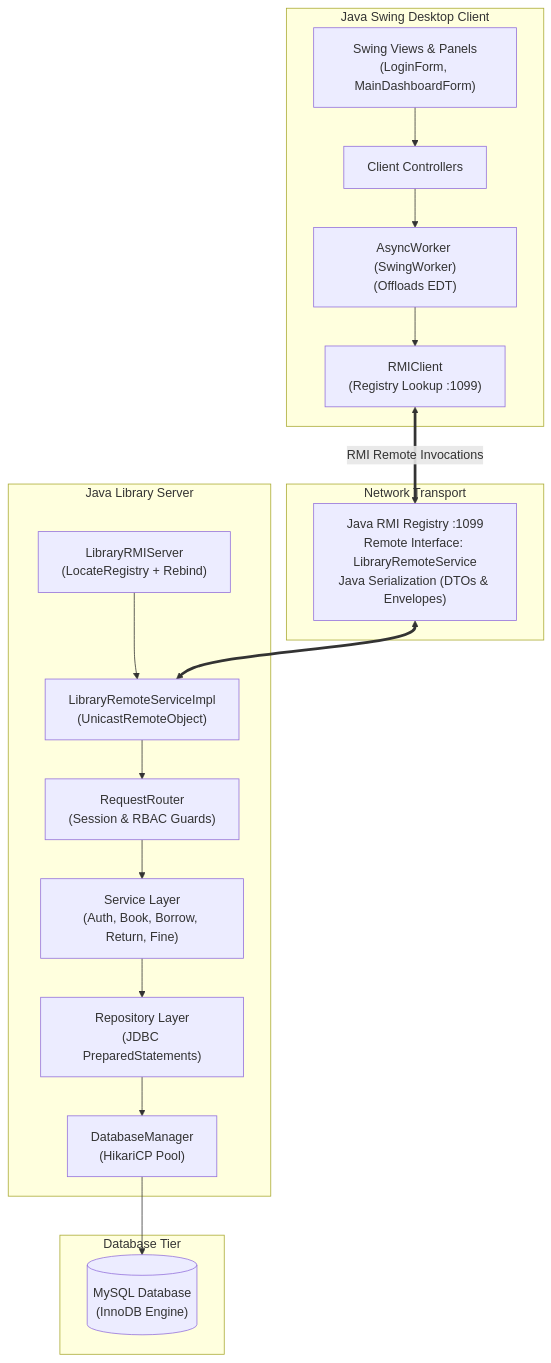
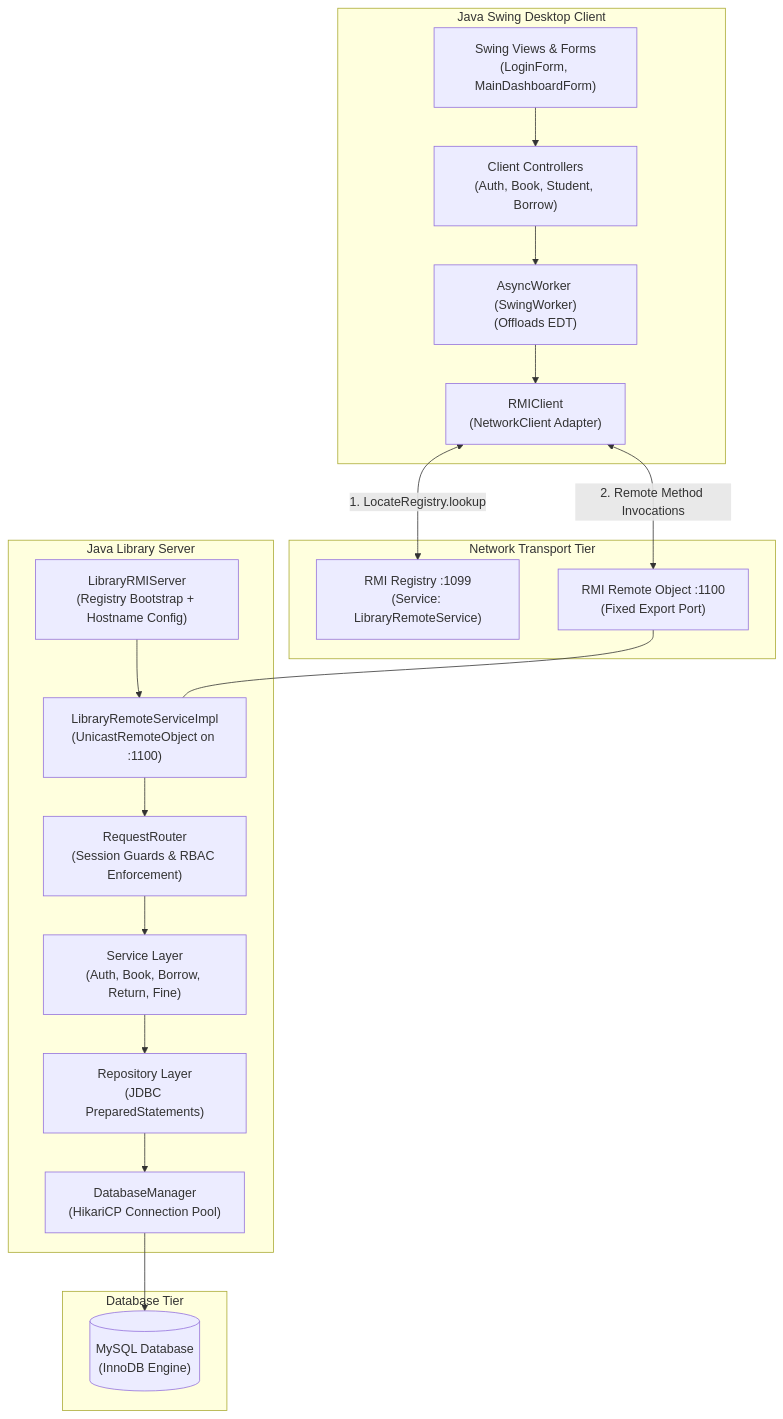
One commit to thienle-c/school-library-management changed the diagram in README.md. Above: the diagram before and after it, drawn with Mermaid. The commit also changed other lines of this file, not shown here.

````diff
--- a/README.md
+++ b/README.md
@@ -83,32 +79,35 @@
 ```mermaid
 graph TD
     subgraph Client Tier ["Java Swing Desktop Client"]
-        UI["Swing Views & Panels<br/>(LoginForm, MainDashboardForm)"]
-        CC["Client Controllers"]
+        UI["Swing Views & Forms<br/>(LoginForm, MainDashboardForm)"]
+        CC["Client Controllers<br/>(Auth, Book, Student, Borrow)"]
         AW["AsyncWorker (SwingWorker)<br/>(Offloads EDT)"]
-        RC["RMIClient<br/>(Registry Lookup :1099)"]
+        RC["RMIClient<br/>(NetworkClient Adapter)"]
         UI --> CC --> AW --> RC
     end
 
-    subgraph Transport ["Network Transport"]
-        RMI["Java RMI Registry :1099<br/>Remote Interface: LibraryRemoteService<br/>Java Serialization (DTOs & Envelopes)"]
+    subgraph Transport ["Network Transport Tier"]
+        REG["RMI Registry :1099<br/>(Service: LibraryRemoteService)"]
+        ROB["RMI Remote Object :1100<br/>(Fixed Export Port)"]
+        RC <-->|"1. LocateRegistry.lookup"| REG
+        RC <-->|"2. Remote Method Invocations"| ROB
     end
 
     subgraph Server Tier ["Java Library Server"]
-        LRS["LibraryRMIServer<br/>(LocateRegistry + Rebind)"]
-        RSI["LibraryRemoteServiceImpl<br/>(UnicastRemoteObject)"]
-        RR["RequestRouter<br/>(Session & RBAC Guards)"]
+        LRS["LibraryRMIServer<br/>(Registry Bootstrap + Hostname Config)"]
+        RSI["LibraryRemoteServiceImpl<br/>(UnicastRemoteObject on :1100)"]
+        RR["RequestRouter<br/>(Session Guards & RBAC Enforcement)"]
         SL["Service Layer<br/>(Auth, Book, Borrow, Return, Fine)"]
         RL["Repository Layer<br/>(JDBC PreparedStatements)"]
-        DM["DatabaseManager<br/>(HikariCP Pool)"]
+        DM["DatabaseManager<br/>(HikariCP Connection Pool)"]
 
         LRS --> RSI --> RR --> SL --> RL --> DM
     end
 
     subgraph Data Tier ["Database Tier"]
         DB[("MySQL Database<br/>(InnoDB Engine)")]
         DM --> DB
     end
 
-    RC <==>|RMI Remote Invocations| RMI <==> RSI
+    ROB --- RSI
 ```
````
